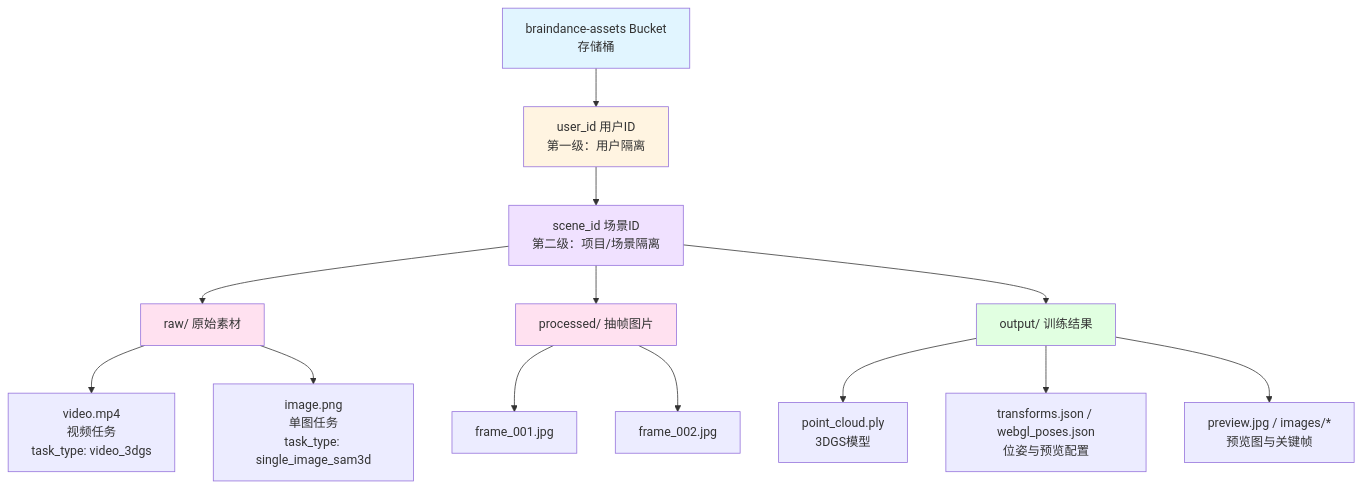
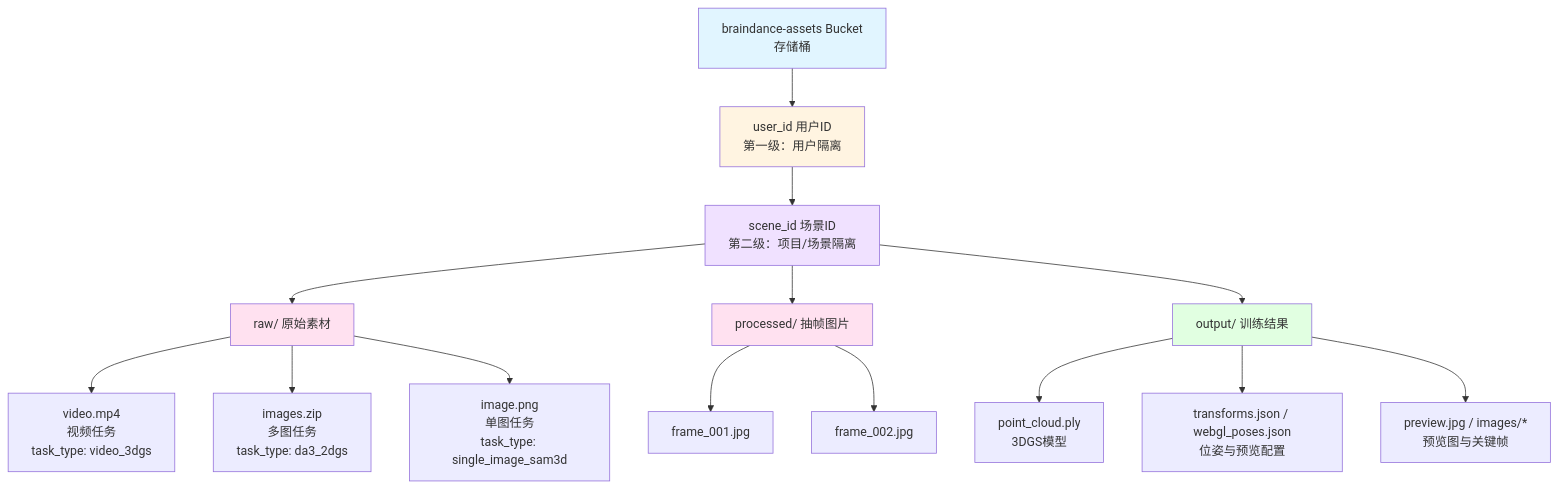
The diagram in docs/03-API参考/API接口指南.md (tianxingleo/BrainDance), drawn with Mermaid before and after one commit. The commit also changed other lines of this file and 4 other files, not shown here.

Commit message:
feat(3dgs): add da3+sugar pipeline task type

````diff
--- a/docs/03-API参考/API接口指南.md
+++ b/docs/03-API参考/API接口指南.md
@@ -198,22 +255,23 @@
 ```mermaid
 graph TD
     A[braindance-assets Bucket<br/>存储桶] --> B[user_id 用户ID<br/>第一级：用户隔离]
     B --> C[scene_id 场景ID<br/>第二级：项目/场景隔离]
     C --> D[raw/ 原始素材]
     C --> E[processed/ 抽帧图片]
     C --> F[output/ 训练结果]
     D --> G[video.mp4<br/>视频任务<br/>task_type: video_3dgs]
+    D --> N[images.zip<br/>多图任务<br/>task_type: da3_2dgs]
     D --> H[image.png<br/>单图任务<br/>task_type: single_image_sam3d]
     E --> I[frame_001.jpg]
     E --> J[frame_002.jpg]
     F --> K[point_cloud.ply<br/>3DGS模型]
     F --> L[transforms.json / webgl_poses.json<br/>位姿与预览配置]
     F --> M[preview.jpg / images/*<br/>预览图与关键帧]
 
     style A fill:#e1f5ff
     style B fill:#fff4e1
     style C fill:#f0e1ff
     style D fill:#ffe1f0
     style E fill:#ffe1f0
     style F fill:#e1ffe1
 ```
````
